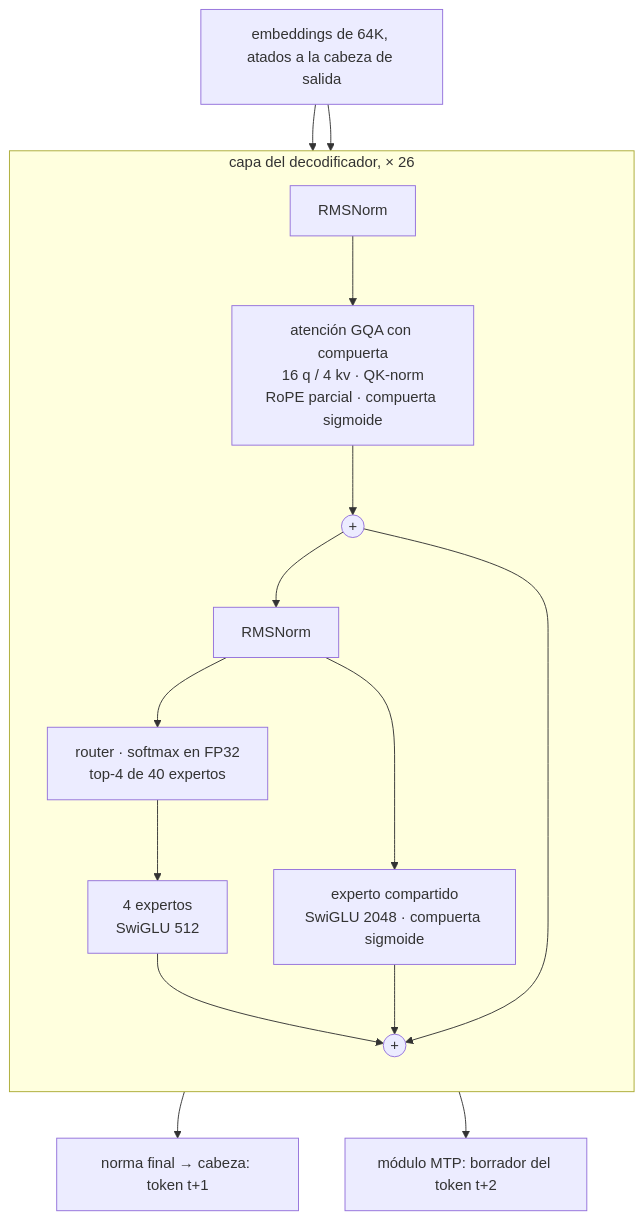
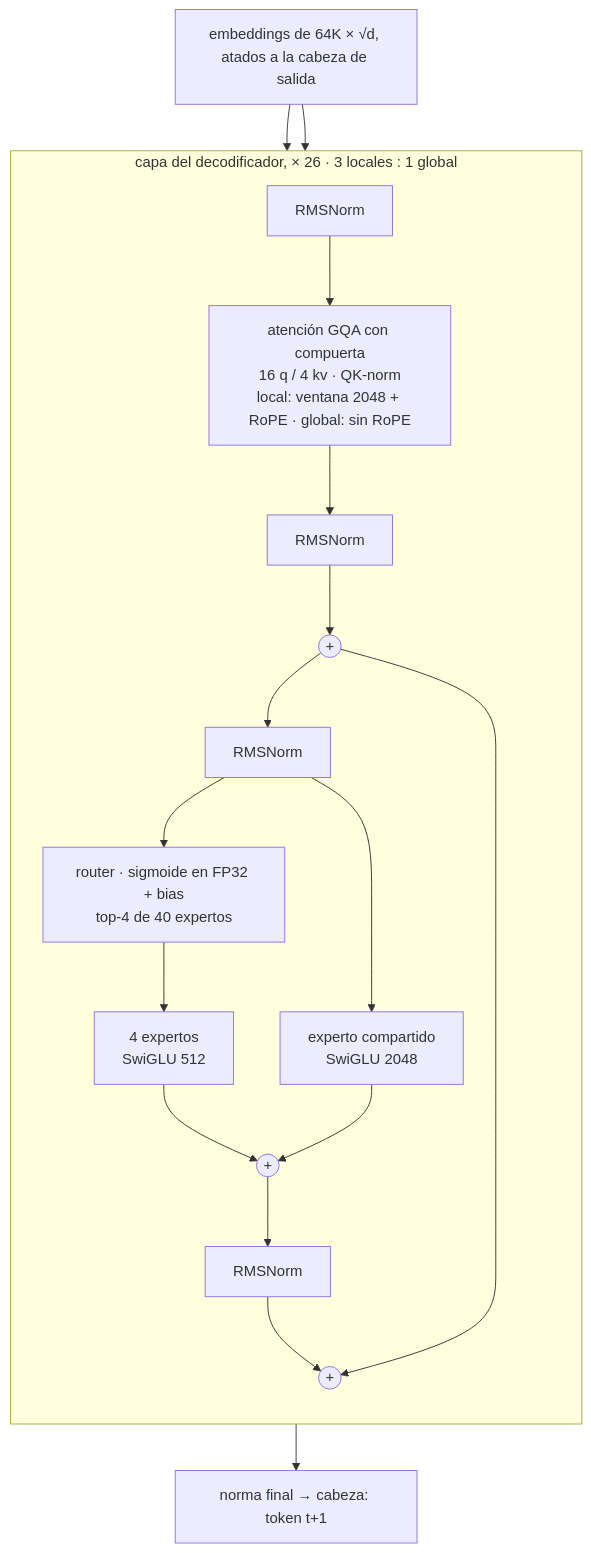
One commit to FelipeGarciaRpo/ludwig-lm changed the first of 2 diagrams in README.es.md. Above: the diagram before and after it, drawn with Mermaid. The commit also changed other lines of this file and 12 other files, not shown here.

````diff
--- a/README.es.md
+++ b/README.es.md
@@ -42,20 +43,22 @@
 ```mermaid
 flowchart TB
-    E["embeddings de 64K, atados a la cabeza de salida"]
-    subgraph L["capa del decodificador, × 26"]
+    E["embeddings de 64K × √d, atados a la cabeza de salida"]
+    subgraph L["capa del decodificador, × 26 · 3 locales : 1 global"]
         direction TB
-        N1["RMSNorm"] --> ATT["atención GQA con compuerta<br/>16 q / 4 kv · QK-norm<br/>RoPE parcial · compuerta sigmoide"]
-        ATT --> A1(("+"))
+        N1["RMSNorm"] --> ATT["atención GQA con compuerta<br/>16 q / 4 kv · QK-norm<br/>local: ventana 2048 + RoPE · global: sin RoPE"]
+        ATT --> P1["RMSNorm"]
+        P1 --> A1(("+"))
         A1 --> N2["RMSNorm"]
-        N2 --> R["router · softmax en FP32<br/>top-4 de 40 expertos"]
+        N2 --> R["router · sigmoide en FP32 + bias<br/>top-4 de 40 expertos"]
         R --> EX["4 expertos<br/>SwiGLU 512"]
-        N2 --> SH["experto compartido<br/>SwiGLU 2048 · compuerta sigmoide"]
+        N2 --> SH["experto compartido<br/>SwiGLU 2048"]
         EX --> A2(("+"))
         SH --> A2
-        A1 --> A2
+        A2 --> P2["RMSNorm"]
+        P2 --> A3(("+"))
+        A1 --> A3
     end
     E --> N1
     E --> A1
-    A2 --> H["norma final → cabeza: token t+1"]
-    A2 --> M["módulo MTP: borrador del token t+2"]
+    A3 --> H["norma final → cabeza: token t+1"]
 ```
````
